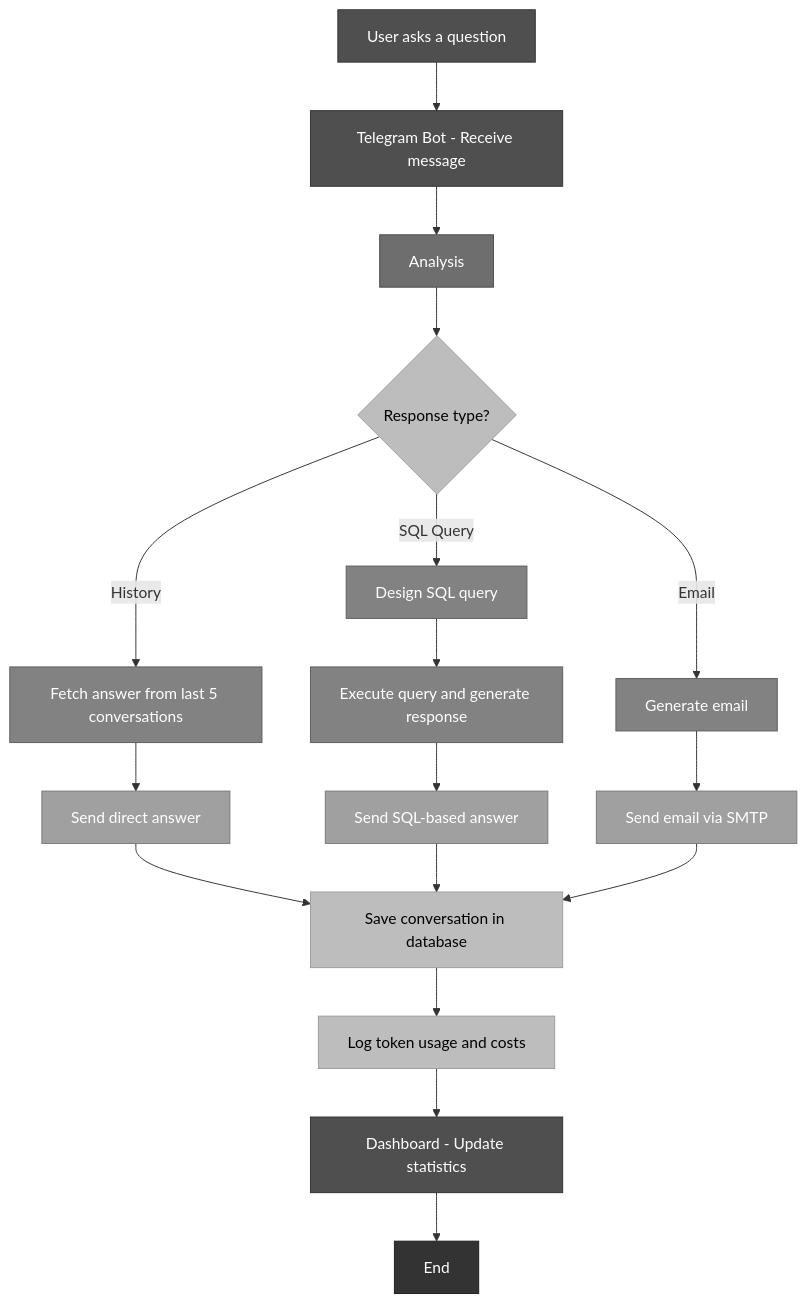
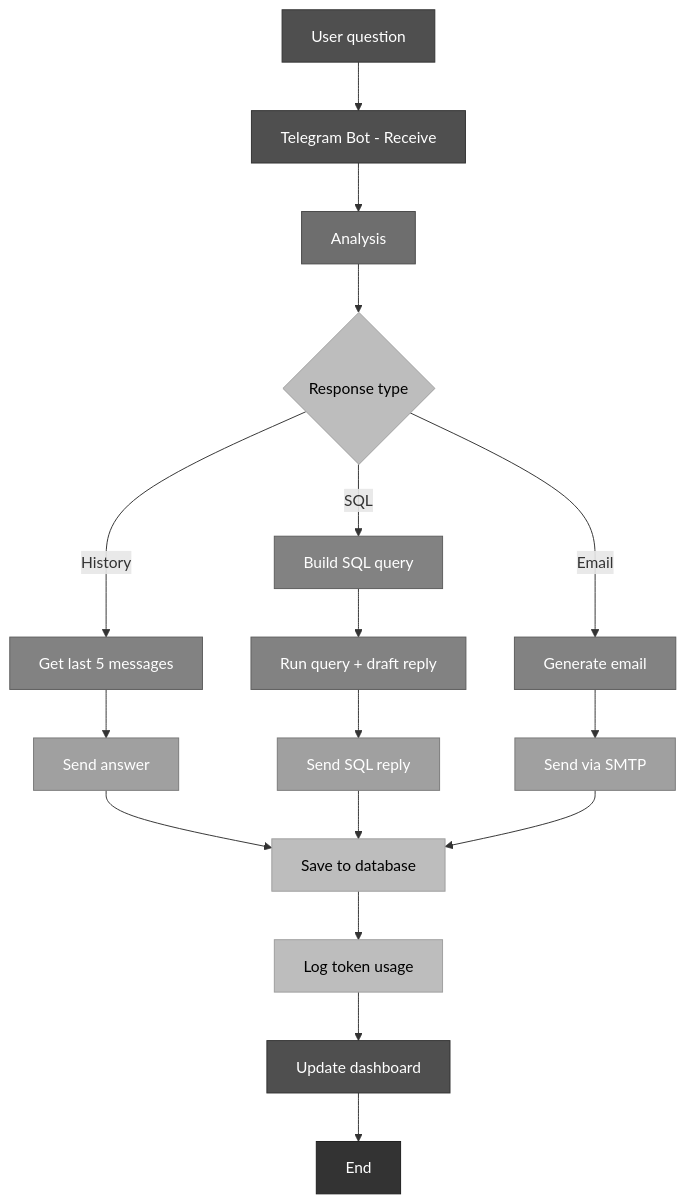
One commit to Bek0/AI-Telegram-Bot changed the first of 2 diagrams in README.md. Above: the diagram before and after it, drawn with Mermaid.

Commit message:
Refactor mermaid diagram for clarity and consistency

````diff
--- a/README.md
+++ b/README.md
@@ -8,52 +8,52 @@
 ```mermaid
 graph TD
-    Start["User asks a question"] --> Input["Telegram Bot - Receive message"]
+    Start["User question"] --> Input["Telegram Bot - Receive"]
     Input --> Analysis["Analysis"]
 
-    Analysis --> Decide{Response type?}
+    Analysis --> Decide{Response type}
     
     %% Path 1
-    Decide -->|History| DirectPath["Fetch answer from last 5 conversations"]
-    DirectPath --> SendDirect["Send direct answer"]
+    Decide -->|History| DirectPath["Get last 5 messages"]
+    DirectPath --> SendDirect["Send answer"]
     
     %% Path 2
-    Decide -->|SQL Query| SQLPath["Design SQL query"]
-    SQLPath --> GenerateSQL["Execute query and generate response"]
-    GenerateSQL --> SendSQL["Send SQL-based answer"]
+    Decide -->|SQL| SQLPath["Build SQL query"]
+    SQLPath --> GenerateSQL["Run query + draft reply"]
+    GenerateSQL --> SendSQL["Send SQL reply"]
     
     %% Path 3
     Decide -->|Email| EmailPath["Generate email"]
-    EmailPath --> SendEmail["Send email via SMTP"]
+    EmailPath --> SendEmail["Send via SMTP"]
     
     %% Logging
-    SendDirect --> SaveConv["Save conversation in database"]
+    SendDirect --> SaveConv["Save to database"]
     SendSQL --> SaveConv
     SendEmail --> SaveConv
     
-    SaveConv --> LogCosts["Log token usage and costs"]
-    LogCosts --> Dashboard["Dashboard - Update statistics"]
+    SaveConv --> LogCosts["Log token usage"]
+    LogCosts --> Dashboard["Update dashboard"]
     Dashboard --> End["End"]
-    
+
     %% GREY THEME
     style Start fill:#4F4F4F,stroke:#333,color:#fff
     style Input fill:#4F4F4F,stroke:#333,color:#fff
 
     style Analysis fill:#6E6E6E,stroke:#4A4A4A,color:#fff
 
     style Decide fill:#BDBDBD,stroke:#9E9E9E,color:#000
     style SaveConv fill:#BDBDBD,stroke:#9E9E9E,color:#000
     style LogCosts fill:#BDBDBD,stroke:#9E9E9E,color:#000
     
     style DirectPath fill:#828282,stroke:#5E5E5E,color:#fff
     style SQLPath fill:#828282,stroke:#5E5E5E,color:#fff
     style EmailPath fill:#828282,stroke:#5E5E5E,color:#fff
     style GenerateSQL fill:#828282,stroke:#5E5E5E,color:#fff
 
     style SendDirect fill:#A0A0A0,stroke:#7A7A7A,color:#fff
     style SendSQL fill:#A0A0A0,stroke:#7A7A7A,color:#fff
     style SendEmail fill:#A0A0A0,stroke:#7A7A7A,color:#fff
     
     style Dashboard fill:#4F4F4F,stroke:#333,color:#fff
     style End fill:#333333,stroke:#1F1F1F,color:#fff
 
 ```
````
